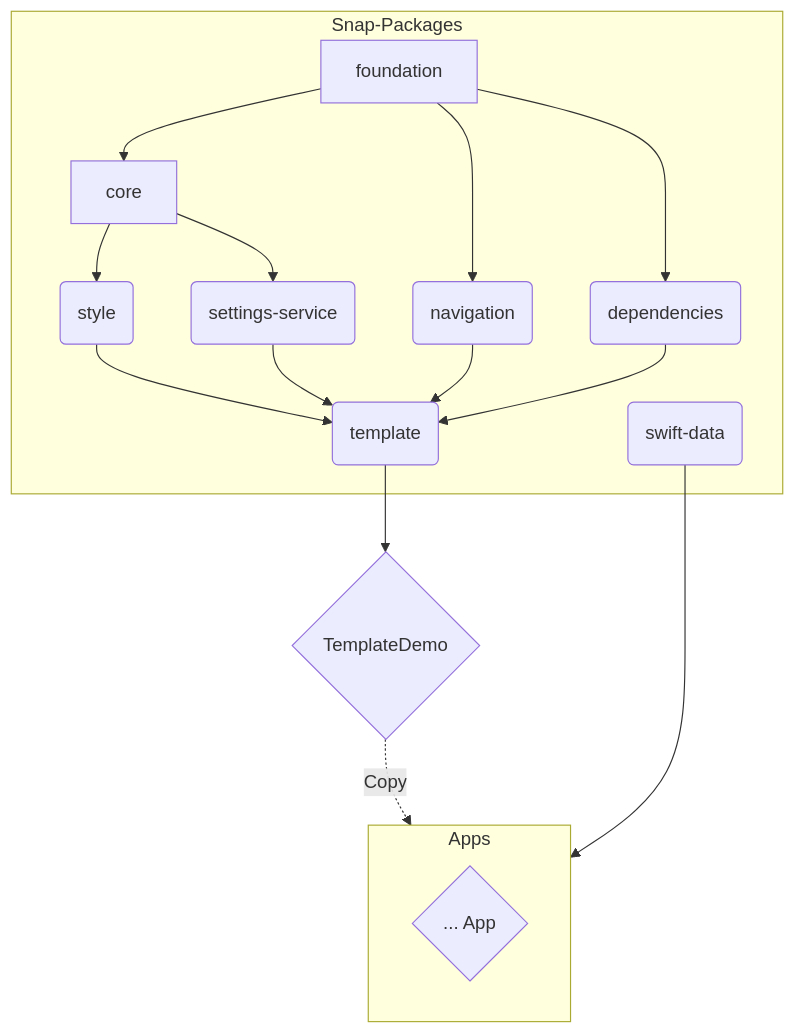
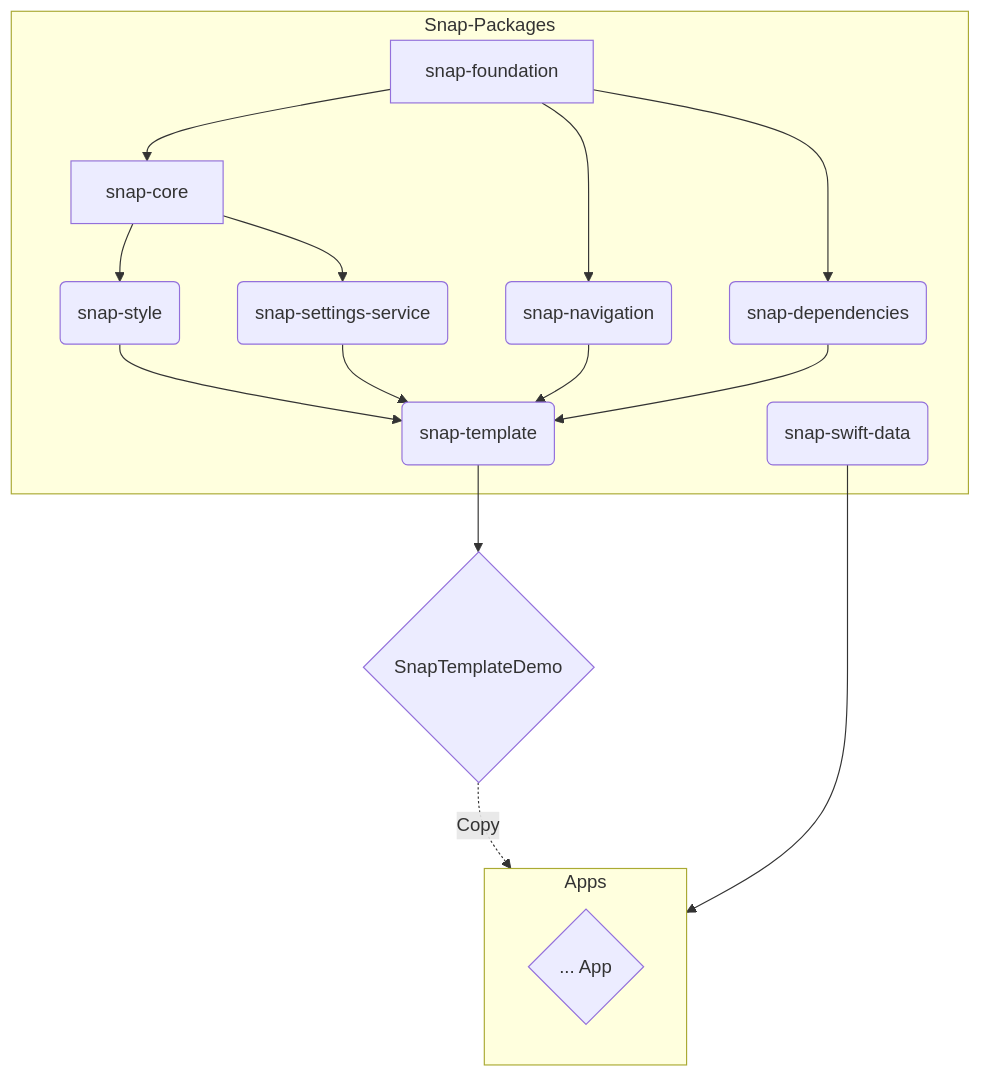
One commit to simonnickel/snap changed the diagram in README.md. Above: the diagram before and after it, drawn with Mermaid. The commit also changed other lines of this file, not shown here.

````diff
--- a/README.md
+++ b/README.md
@@ -26,37 +24,37 @@
 ```mermaid
 flowchart TD
 
     subgraph Snap-Packages
-    C1[foundation]
-    C2[core]
-    M2(style)
-    M3(settings-service)
-    M4(navigation)
-    M5(dependencies)
-    M6(swift-data)
-    M1(template)
+    C1[snap-foundation]
+    C2[snap-core]
+    M2(snap-style)
+    M3(snap-settings-service)
+    M4(snap-navigation)
+    M5(snap-dependencies)
+    M6(snap-swift-data)
+    M1(snap-template)
     end
     
-    A1{TemplateDemo}
+    A1{SnapTemplateDemo}
 
     subgraph Apps
     A3{... App}
     end
 
     C1 --> C2
     C1 --> M4
     C1 --> M5
 
     C2 --> M2
     C2 --> M3
 
     M2 --> M1
     M3 --> M1
     M4 --> M1
     M5 --> M1
 
     M1 --> A1
 
     A1 -.->|Copy| Apps
     M6 --> Apps
 ```
````
